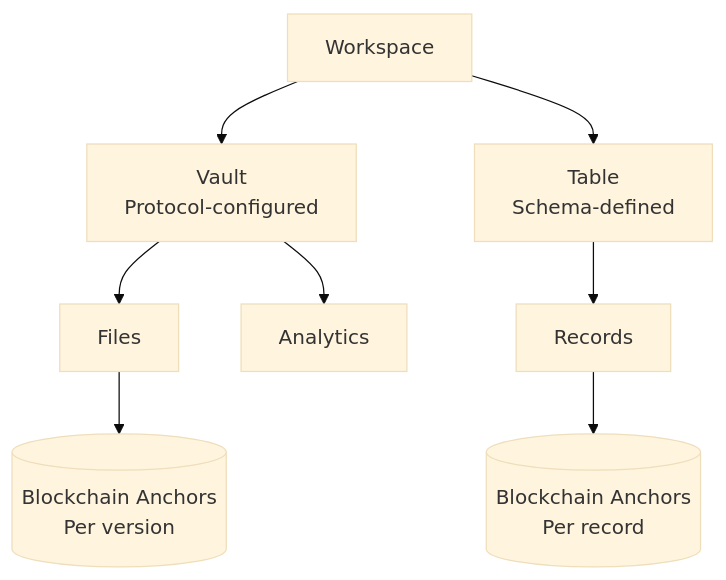
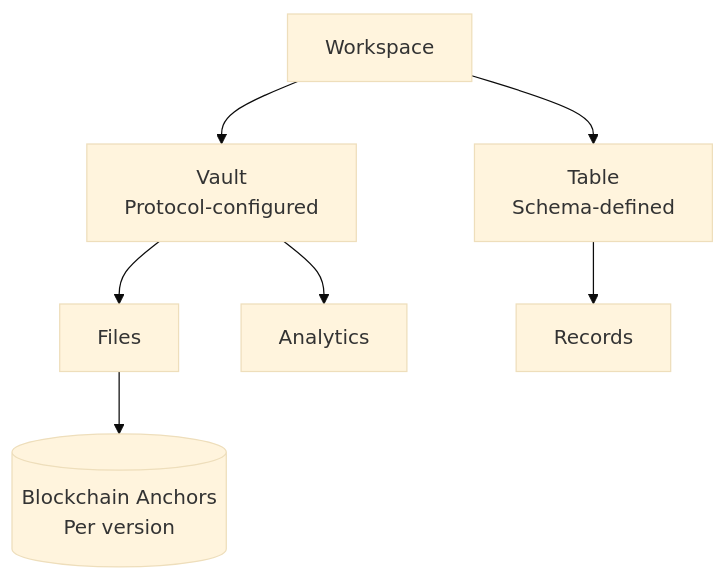
Before and after one commit to ROOT-Key/docs: the diagram in pages/concepts.mdx, drawn with Mermaid (base theme). The commit also changed other lines of this file, not shown here.

First line of the commit message:
Concepts: stop saying that a record write is anchored on the blockchain

````diff
--- a/pages/concepts.mdx
+++ b/pages/concepts.mdx
@@ -14,10 +14,9 @@
 ```mermaid
 flowchart TD
     WS[Workspace] --> V[Vault\nProtocol-configured]
     WS --> T[Table\nSchema-defined]
     V --> F[Files]
     V --> AN[Analytics]
     T --> R[Records]
     F --> FA[(Blockchain Anchors\nPer version)]
-    R --> RA[(Blockchain Anchors\nPer record)]
 ```
````
